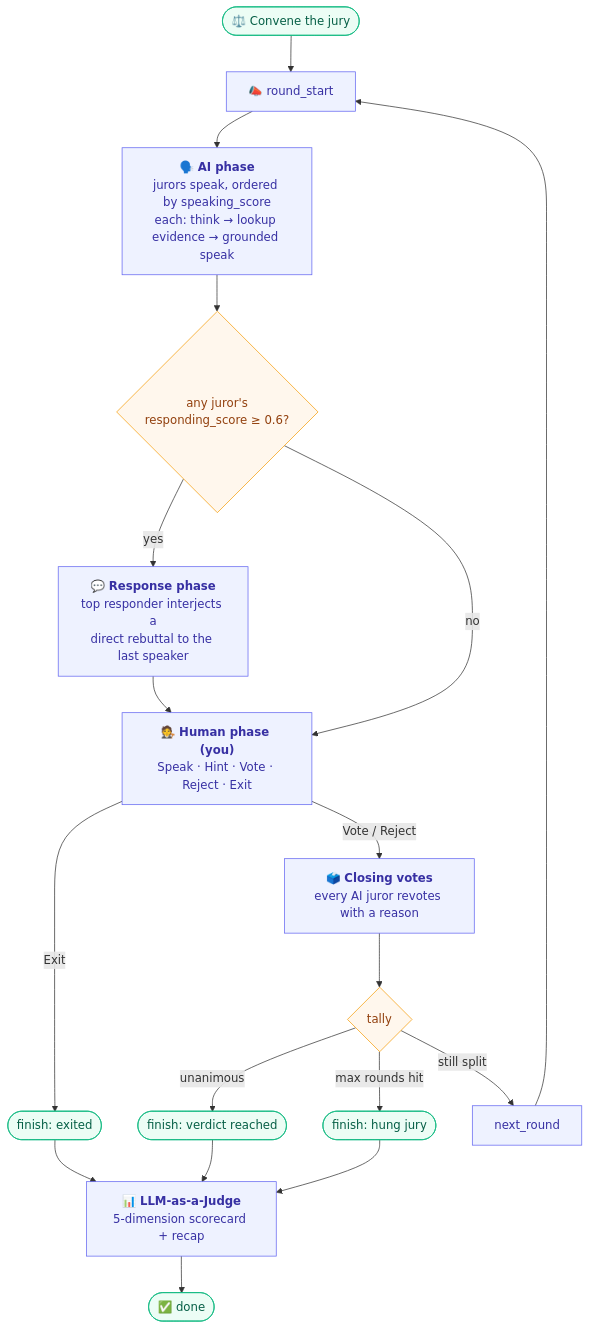
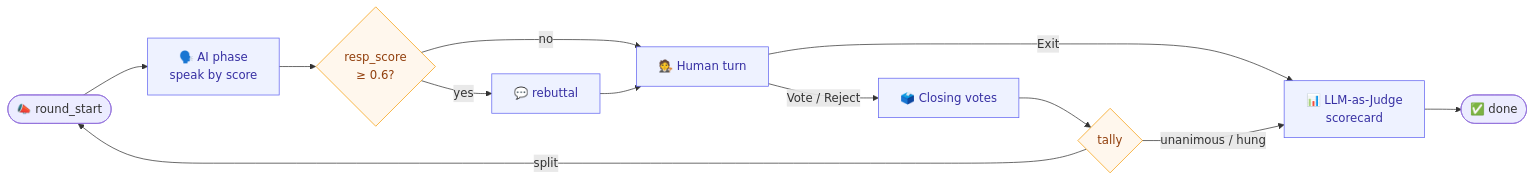
The second of 3 diagrams in README.md (Lisa-Qu/jury-deliberation-simulator), drawn with Mermaid before and after one commit. The commit also changed other lines of this file, not shown here.

Commit message:
docs: fix Mermaid Note parse error, compact deliberation-loop diagram
Sequence-diagram Note can't contain <br/> on GitHub's parser -> single line.
Shrank the deliberation-loop flowchart (LR, merged terminals, terser labels).
Validated all 3 diagrams with the mermaid parser.

````diff
--- a/README.md
+++ b/README.md
@@ -87,26 +87,19 @@
 ```mermaid
-flowchart TD
-    START(["⚖️ Convene the jury"]) --> RS["📣 round_start"]
-    RS --> AI["🗣️ <b>AI phase</b><br/>jurors speak, ordered by speaking_score<br/>each: think → lookup evidence → grounded speak"]
-    AI --> RESP{"any juror's<br/>responding_score ≥ 0.6?"}
-    RESP -- yes --> INT["💬 <b>Response phase</b><br/>top responder interjects a<br/>direct rebuttal to the last speaker"]
-    RESP -- no --> HUMAN
-    INT --> HUMAN["🧑‍⚖️ <b>Human phase (you)</b><br/>Speak · Hint · Vote · Reject · Exit"]
-    HUMAN -- "Exit" --> EXIT(["finish: exited"])
-    HUMAN -- "Vote / Reject" --> CV["🗳️ <b>Closing votes</b><br/>every AI juror revotes with a reason"]
-    CV --> TALLY{"tally"}
-    TALLY -- "unanimous" --> WIN(["finish: verdict reached"])
-    TALLY -- "max rounds hit" --> HUNG(["finish: hung jury"])
-    TALLY -- "still split" --> NR["next_round"] --> RS
-    WIN --> SCORE["📊 <b>LLM-as-a-Judge</b><br/>5-dimension scorecard + recap"]
-    HUNG --> SCORE
-    EXIT --> SCORE
-    SCORE --> DONE(["✅ done"])
+flowchart LR
+    RS([📣 round_start]) --> AI[🗣️ AI phase<br/>speak by score]
+    AI --> RESP{resp_score<br/>≥ 0.6?}
+    RESP -- yes --> INT[💬 rebuttal]
+    RESP -- no --> HUMAN[🧑‍⚖️ Human turn]
+    INT --> HUMAN
+    HUMAN -- "Exit" --> SCORE
+    HUMAN -- "Vote / Reject" --> CV[🗳️ Closing votes]
+    CV --> TALLY{tally}
+    TALLY -- "split" --> RS
+    TALLY -- "unanimous / hung" --> SCORE[📊 LLM-as-Judge<br/>scorecard]
+    SCORE --> DONE([✅ done])
 
     classDef phase fill:#eef2ff,stroke:#6366f1,color:#3730a3;
-    classDef term fill:#ecfdf5,stroke:#10b981,color:#065f46;
     classDef gate fill:#fff7ed,stroke:#f59e0b,color:#92400e;
-    class AI,INT,HUMAN,CV,SCORE,RS,NR phase;
-    class START,EXIT,WIN,HUNG,DONE term;
+    class AI,INT,HUMAN,CV,SCORE phase;
     class RESP,TALLY gate;
 ```
````
